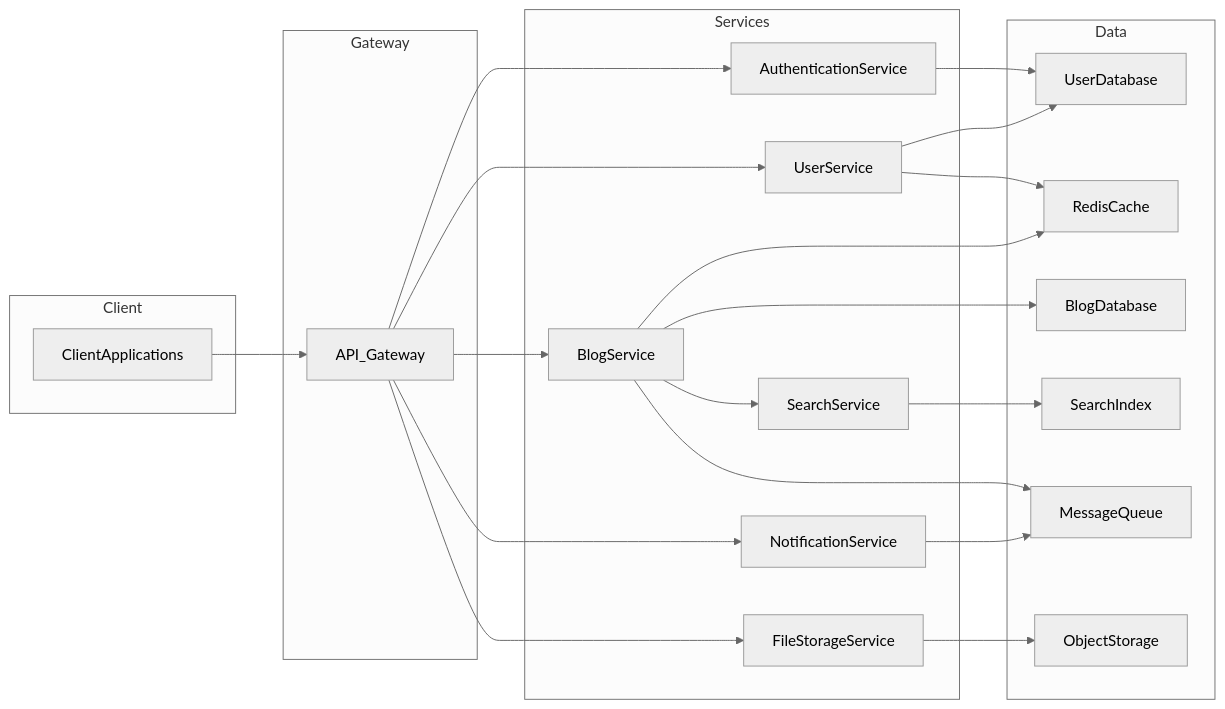
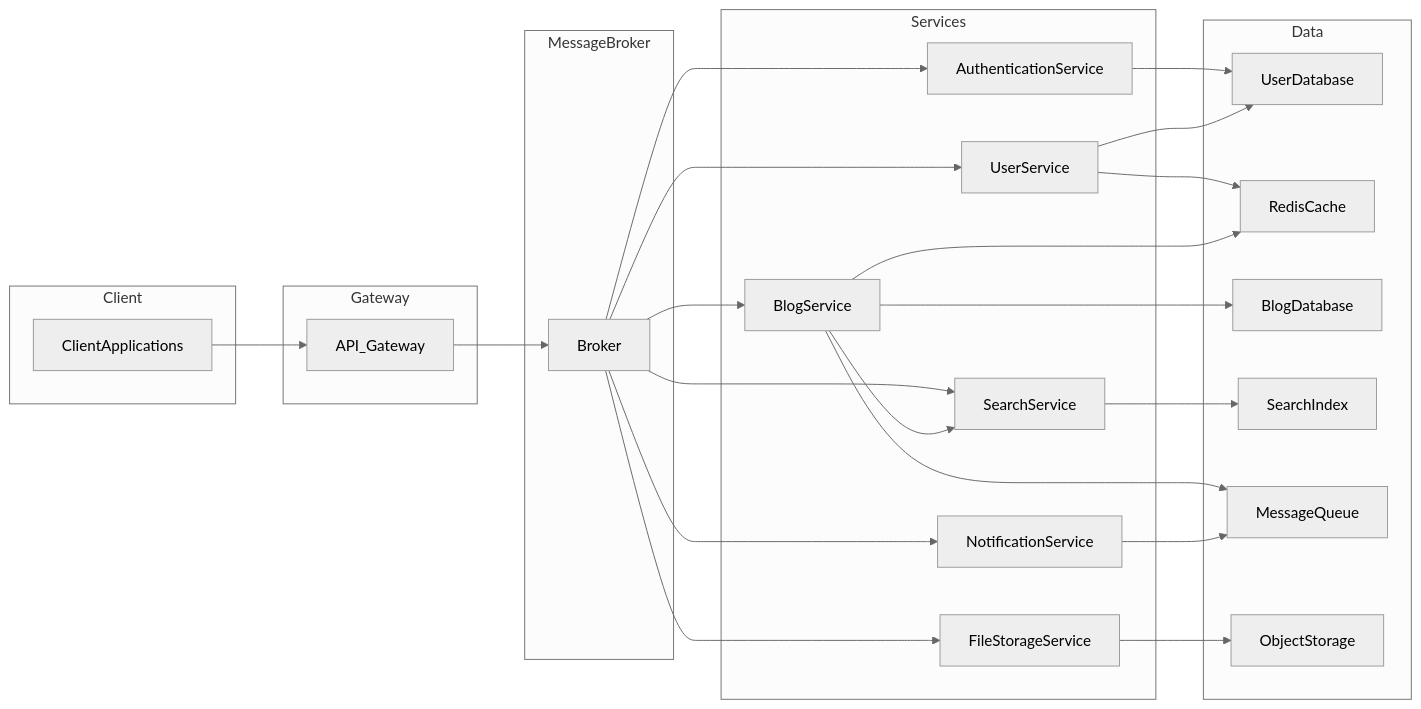
One commit to 3zeyez/blog changed the diagram in blog-system-architecture.mermaid. Above: the diagram before and after it, drawn with Mermaid (neutral theme). The commit also changed 1 other file, not shown here.

Commit message:
feature: add message broker layer (#3)
make our architecture decoupled

```diff
--- a/blog-system-architecture.mermaid
+++ b/blog-system-architecture.mermaid
@@ -1,39 +1,47 @@
 graph LR
     subgraph Client
         ClientApplications
     end
     subgraph Gateway
         API_Gateway
     end
     subgraph Services
         AuthenticationService
         BlogService
         UserService
         NotificationService
         FileStorageService
         SearchService
     end
     subgraph Data
         UserDatabase
         RedisCache
         BlogDatabase
         SearchIndex
         MessageQueue
         ObjectStorage
     end
+    subgraph MessageBroker
+        Broker
+    end
+    
     ClientApplications --> API_Gateway
-    API_Gateway --> AuthenticationService
-    API_Gateway --> BlogService
-    API_Gateway --> UserService
-    API_Gateway --> NotificationService
-    API_Gateway --> FileStorageService
+    API_Gateway --> Broker
+    
+    Broker --> AuthenticationService
+    Broker --> BlogService
+    Broker --> UserService
+    Broker --> NotificationService
+    Broker --> FileStorageService
+    Broker --> SearchService
+    
     AuthenticationService --> UserDatabase
     UserService --> RedisCache
     UserService --> UserDatabase
     BlogService --> BlogDatabase
     BlogService --> RedisCache
     BlogService --> SearchService
     BlogService --> MessageQueue
     SearchService --> SearchIndex
     FileStorageService --> ObjectStorage
     NotificationService --> MessageQueue
```
